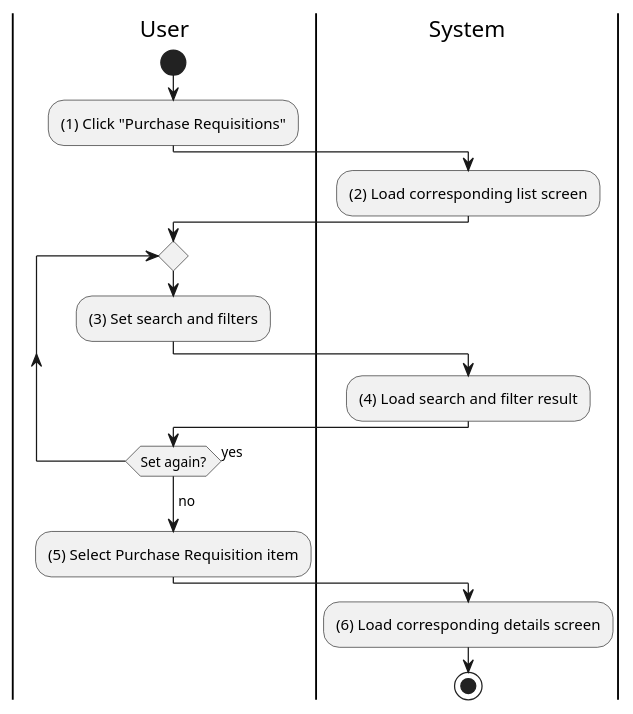
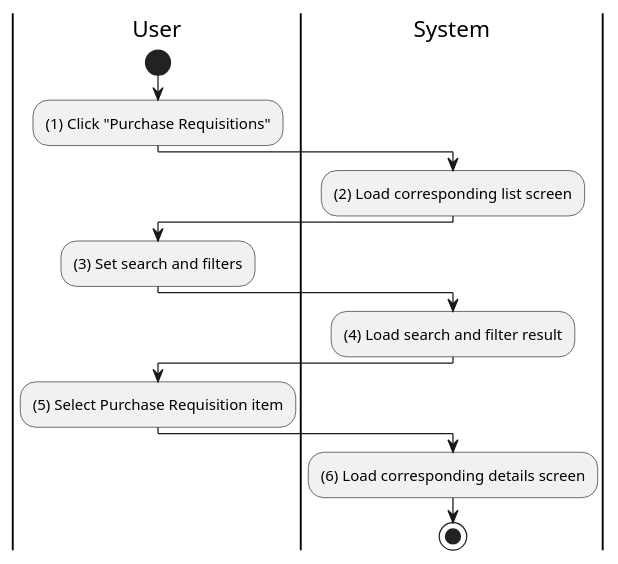
Before and after one commit to phihungha/scmss-reqs: the diagram in activities/purchase-requisition-view.plantuml, drawn with PlantUML. The commit also changed 2 other files, not shown here.

```diff
--- a/activities/purchase-requisition-view.plantuml
+++ b/activities/purchase-requisition-view.plantuml
@@ -1,26 +1,24 @@
 @startuml purchase-requisition-view
 |u|User
 |s|System
 
 |u|
 start
 :(1) Click "Purchase Requisitions";
 
 |s|
 :(2) Load corresponding list screen;
 
 |u|
-repeat
-    :(3) Set search and filters;
+:(3) Set search and filters;
 
-    |s|
-    :(4) Load search and filter result;
+|s|
+:(4) Load search and filter result;
+
 |u|
-repeat while (Set again?) is (yes)
-->no;
 :(5) Select Purchase Requisition item;
 
 |s|
 :(6) Load corresponding details screen;
 stop
 @enduml
```
